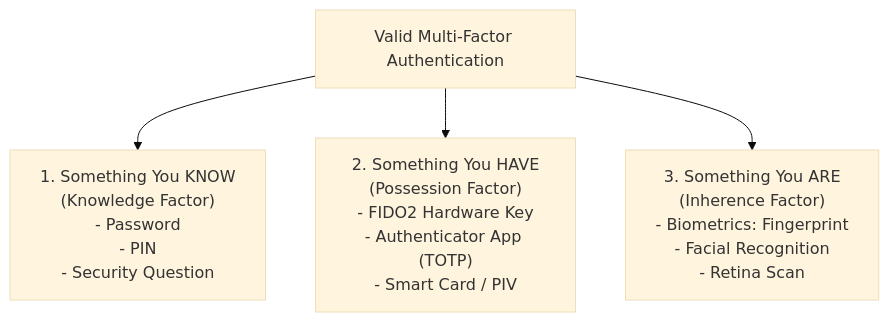
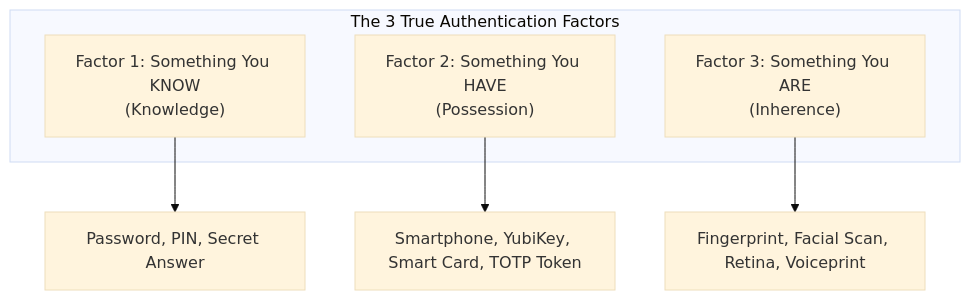
One commit to varunks04/CBS-Roleplay changed the first of 2 diagrams in IAM/02_Core_Concepts/04_Multi_Factor_Authentication_MFA.md. Above: the diagram before and after it, drawn with Mermaid (base theme). The commit also changed other lines of this file and 37 other files, not shown here.

````diff
--- a/IAM/02_Core_Concepts/04_Multi_Factor_Authentication_MFA.md
+++ b/IAM/02_Core_Concepts/04_Multi_Factor_Authentication_MFA.md
@@ -13,7 +22,12 @@
 ```mermaid
 graph TD
-    MFA["Valid Multi-Factor Authentication"]
-    MFA --> F1["1. Something You KNOW<br>(Knowledge Factor)<br>- Password<br>- PIN<br>- Security Question"]
-    MFA --> F2["2. Something You HAVE<br>(Possession Factor)<br>- FIDO2 Hardware Key<br>- Authenticator App (TOTP)<br>- Smart Card / PIV"]
-    MFA --> F3["3. Something You ARE<br>(Inherence Factor)<br>- Biometrics: Fingerprint<br>- Facial Recognition<br>- Retina Scan"]
+    subgraph "The 3 True Authentication Factors"
+        F1["Factor 1: Something You KNOW<br/>(Knowledge)"]
+        F2["Factor 2: Something You HAVE<br/>(Possession)"]
+        F3["Factor 3: Something You ARE<br/>(Inherence)"]
+    end
+
+    F1 --> E1["Password, PIN, Secret Answer"]
+    F2 --> E2["Smartphone, YubiKey, Smart Card, TOTP Token"]
+    F3 --> E3["Fingerprint, Facial Scan, Retina, Voiceprint"]
 ```
````
